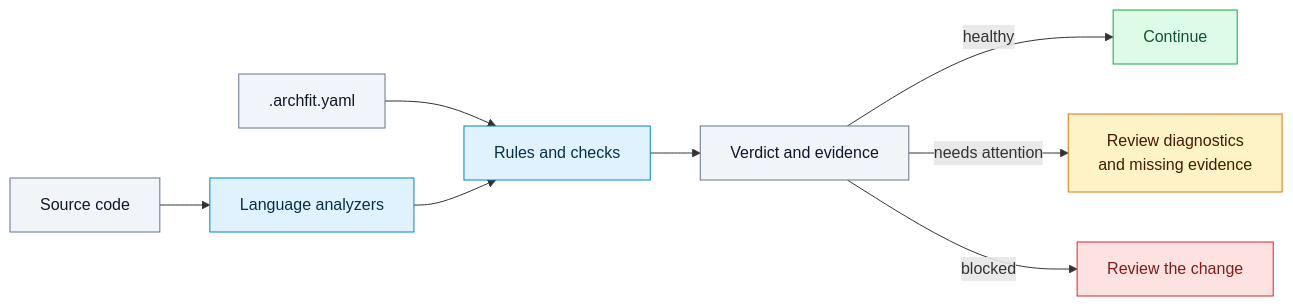
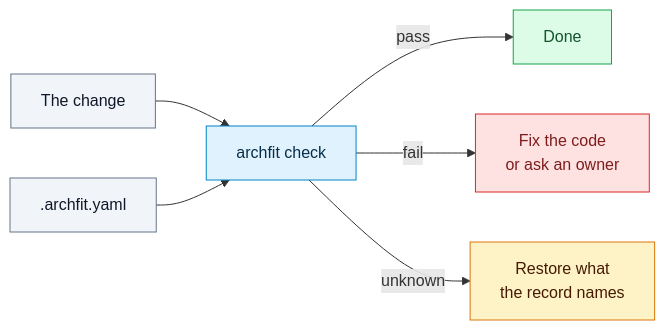
One commit to alexei-led/archfit changed the diagram in README.md. Above: the diagram before and after it, drawn with Mermaid. The commit also changed other lines of this file and 23 other files, not shown here.

````diff
--- a/README.md
+++ b/README.md
@@ -25,21 +24,19 @@
 ```mermaid
 flowchart LR
-    S[Source code] --> A[Language analyzers]
-    C[.archfit.yaml] --> G[Rules and checks]
-    A --> G
-    G --> R[Verdict and evidence]
-    R -->|healthy| H[Continue]
-    R -->|needs attention| E[Review diagnostics<br/>and missing evidence]
-    R -->|blocked| F[Review the change]
+    S[The change] --> C[archfit check]
+    P[.archfit.yaml] --> C
+    C -->|pass| H[Done]
+    C -->|fail| F[Fix the code<br/>or ask an owner]
+    C -->|unknown| U[Restore what<br/>the record names]
 
+    classDef neutral fill:#f1f5f9,stroke:#64748b,color:#0f172a
     classDef process fill:#e0f2fe,stroke:#0284c7,color:#082f49
-    classDef neutral fill:#f1f5f9,stroke:#64748b,color:#0f172a
-    classDef healthy fill:#dcfce7,stroke:#16a34a,color:#14532d
-    classDef attention fill:#fef3c7,stroke:#d97706,color:#451a03
-    classDef blocked fill:#fee2e2,stroke:#dc2626,color:#7f1d1d
-    class A,G process
-    class S,C,R neutral
-    class H healthy
-    class E attention
-    class F blocked
+    classDef pass fill:#dcfce7,stroke:#16a34a,color:#14532d
+    classDef unknown fill:#fef3c7,stroke:#d97706,color:#451a03
+    classDef fail fill:#fee2e2,stroke:#dc2626,color:#7f1d1d
+    class S,P neutral
+    class C process
+    class H pass
+    class U unknown
+    class F fail
 ```
````
